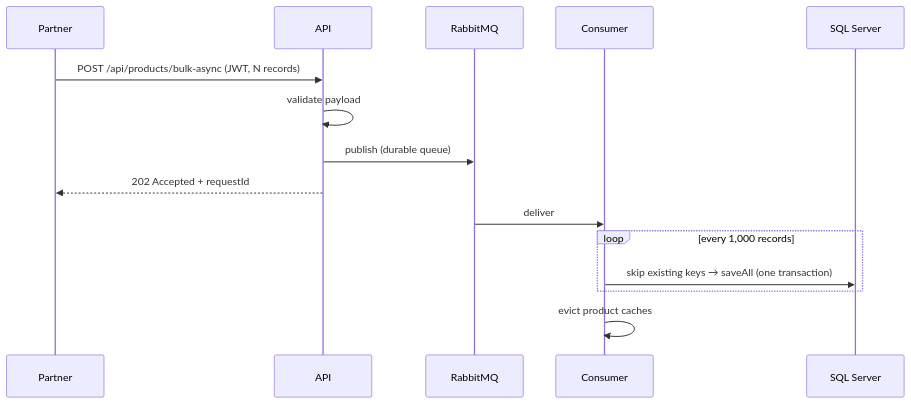
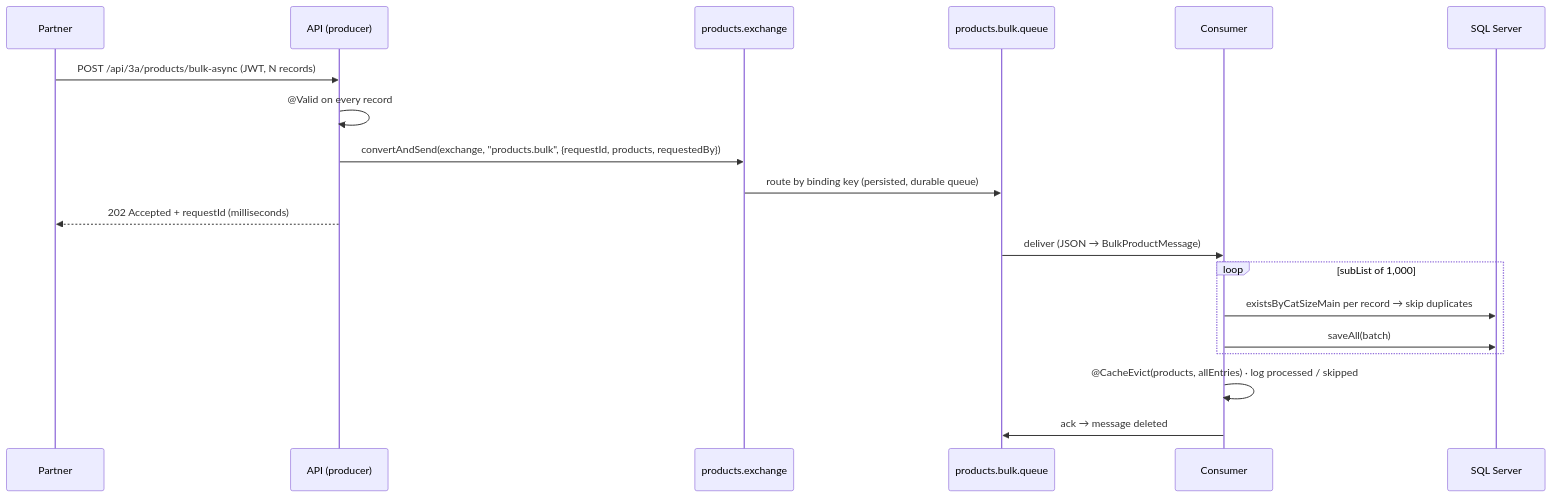
The second of 4 diagrams in README.md (prakash-434/product-sync-platform), drawn with Mermaid before and after one commit. The commit also changed other lines of this file, not shown here.

````diff
--- a/README.md
+++ b/README.md
@@ -38,17 +52,21 @@
 ```mermaid
 sequenceDiagram
     participant P as Partner
-    participant A as API
-    participant Q as RabbitMQ
+    participant A as API (producer)
+    participant X as products.exchange
+    participant Q as products.bulk.queue
     participant W as Consumer
     participant D as SQL Server
-    P->>A: POST /api/products/bulk-async (JWT, N records)
-    A->>A: validate payload
-    A->>Q: publish (durable queue)
-    A-->>P: 202 Accepted + requestId
-    Q->>W: deliver
-    loop every 1,000 records
-        W->>D: skip existing keys → saveAll (one transaction)
+    P->>A: POST /api/3a/products/bulk-async (JWT, N records)
+    A->>A: @Valid on every record
+    A->>X: convertAndSend(exchange, "products.bulk", {requestId, products, requestedBy})
+    X->>Q: route by binding key (persisted, durable queue)
+    A-->>P: 202 Accepted + requestId   (milliseconds)
+    Q->>W: deliver (JSON → BulkProductMessage)
+    loop subList of 1,000
+        W->>D: existsByCatSizeMain per record → skip duplicates
+        W->>D: saveAll(batch)
     end
-    W->>W: evict product caches
+    W->>W: @CacheEvict(products, allEntries) · log processed / skipped
+    W->>Q: ack → message deleted
 ```
````
